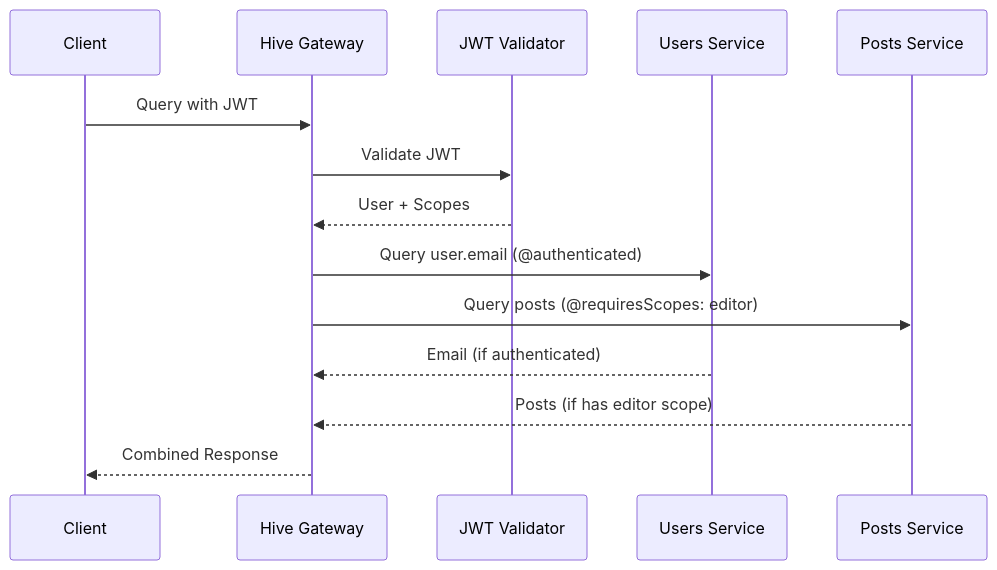
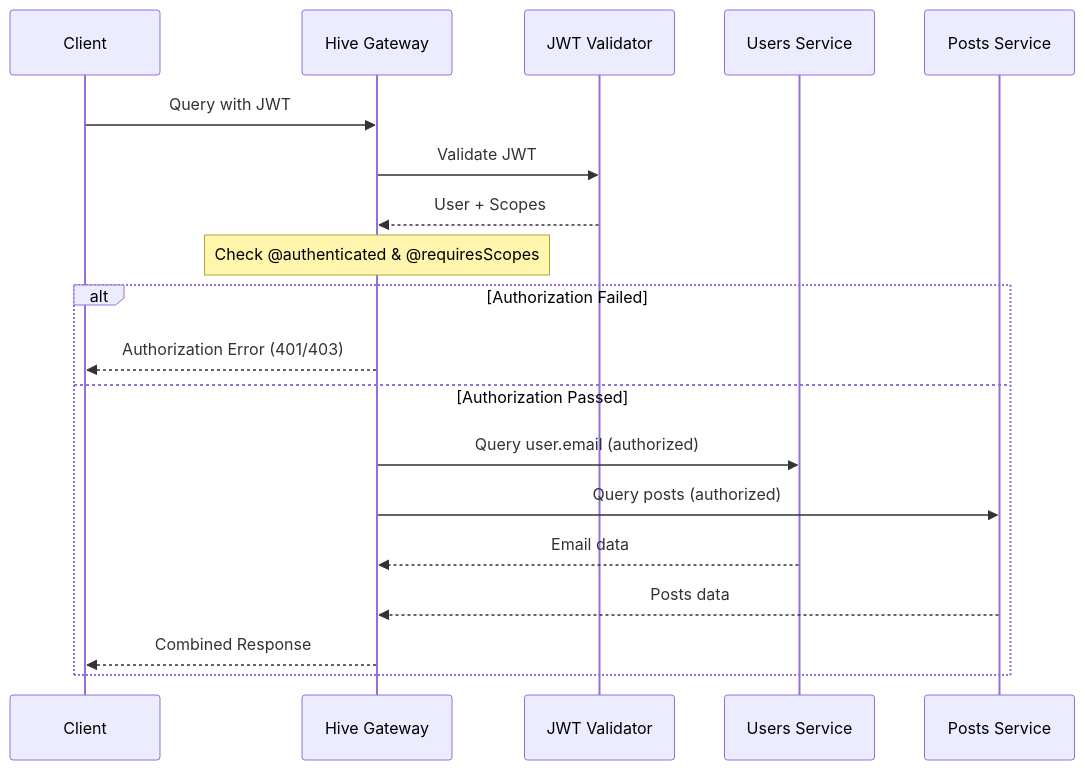
The second of 4 diagrams in presenter/slides.md (graphql-hive/graphql-conf-2025-gateway-workshop), drawn with Mermaid before and after one commit. The commit also changed other lines of this file and 1 other file, not shown here.

````diff
--- a/presenter/slides.md
+++ b/presenter/slides.md
@@ -411,17 +411,23 @@
 ```mermaid
 sequenceDiagram
     participant Client
     participant Gateway as Hive Gateway
     participant Auth as JWT Validator
     participant Users as Users Service
     participant Posts as Posts Service
 
     Client->>Gateway: Query with JWT
     Gateway->>Auth: Validate JWT
     Auth-->>Gateway: User + Scopes
-    Gateway->>Users: Query user.email (@authenticated)
-    Gateway->>Posts: Query posts (@requiresScopes: editor)
-    Users-->>Gateway: Email (if authenticated)
-    Posts-->>Gateway: Posts (if has editor scope)
-    Gateway-->>Client: Combined Response
+
+    Note over Gateway: Check @authenticated & @requiresScopes
+    alt Authorization Failed
+        Gateway-->>Client: Authorization Error (401/403)
+    else Authorization Passed
+        Gateway->>Users: Query user.email (authorized)
+        Gateway->>Posts: Query posts (authorized)
+        Users-->>Gateway: Email data
+        Posts-->>Gateway: Posts data
+        Gateway-->>Client: Combined Response
+    end
 ```
````
